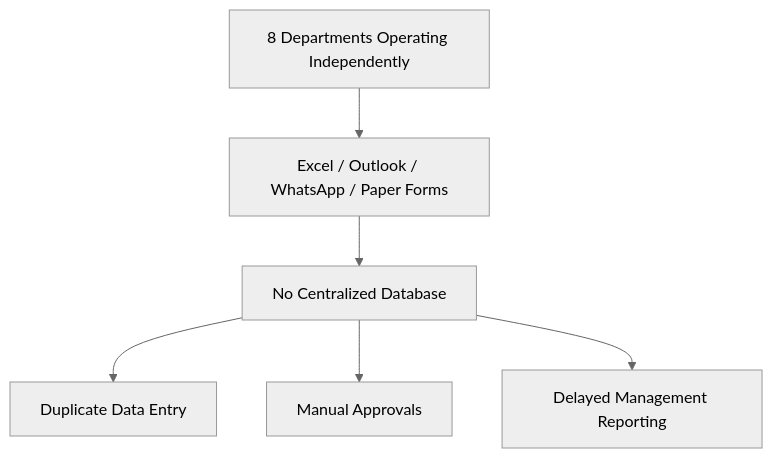
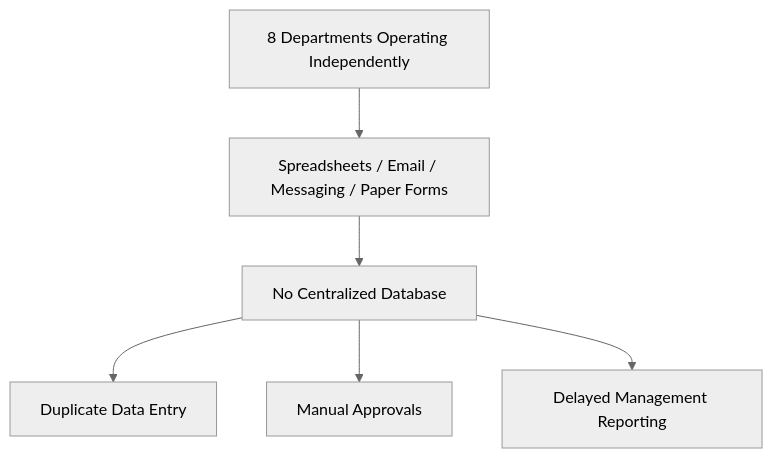
Before and after one commit to omaralburiki/ERP-Readiness-Assessment-Construction-Transportation: the first of 3 diagrams in docs/Project-Dossier.md, drawn with Mermaid (neutral theme). The commit also changed other lines of this file, not shown here.

````diff
--- a/docs/Project-Dossier.md
+++ b/docs/Project-Dossier.md
@@ -133,8 +30,8 @@
 ```mermaid
 flowchart TD
-    A[8 Departments Operating Independently] --> B[Excel / Outlook / WhatsApp / Paper Forms]
+    A[8 Departments Operating Independently] --> B[Spreadsheets / Email / Messaging / Paper Forms]
     B --> C[No Centralized Database]
     C --> D[Duplicate Data Entry]
     C --> E[Manual Approvals]
     C --> F[Delayed Management Reporting]
 ```
````
